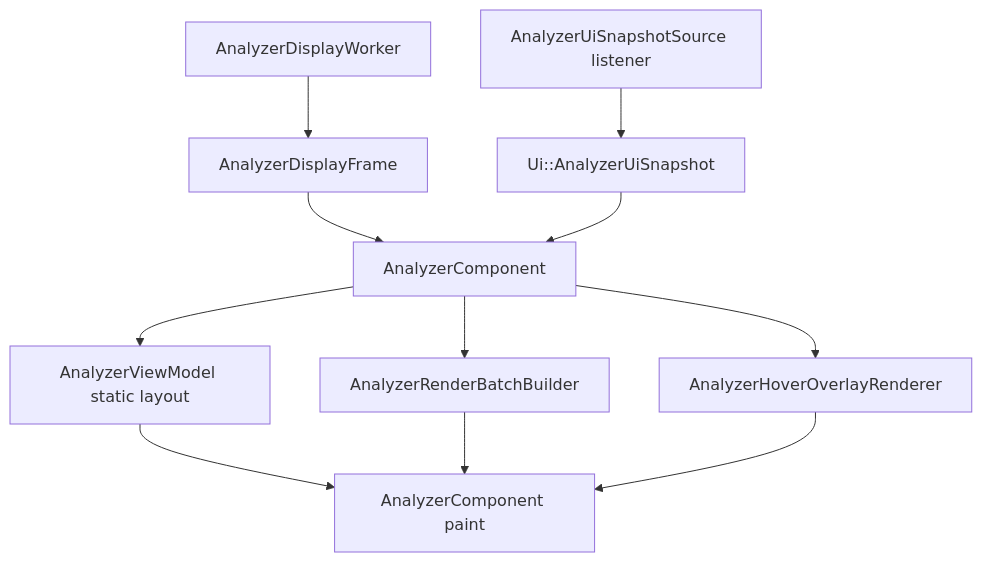
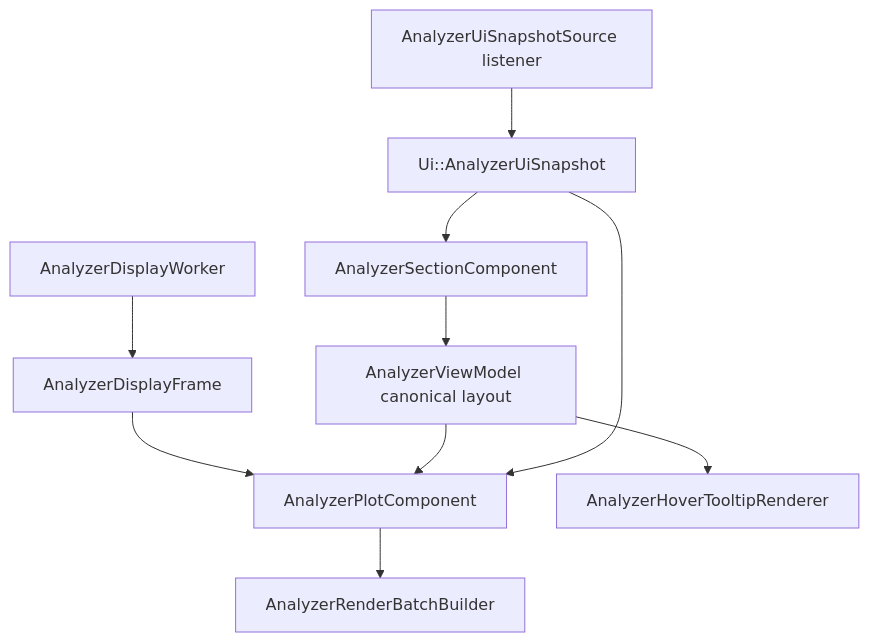
Before and after one commit to Silenterc/Band-Spectrum-Analyzer: the second of 2 diagrams in docs/ui-architecture.md, drawn with Mermaid. The commit also changed other lines of this file and 16 other files, not shown here.

Commit message:
Moved the analyzer plot to its own component for better soc

````diff
--- a/docs/ui-architecture.md
+++ b/docs/ui-architecture.md
@@ -172,14 +178,12 @@
 ```mermaid
 flowchart TD
     SnapshotEvents[AnalyzerUiSnapshotSource listener] --> Snapshot[Ui::AnalyzerUiSnapshot]
     Worker[AnalyzerDisplayWorker] --> Frame[AnalyzerDisplayFrame]
-    Frame --> AnalyzerComponent
-    Snapshot --> AnalyzerComponent
-
-    AnalyzerComponent --> StaticLayout[AnalyzerViewModel static layout]
-    AnalyzerComponent --> Batches[AnalyzerRenderBatchBuilder]
-    AnalyzerComponent --> Hover[AnalyzerHoverOverlayRenderer]
-    StaticLayout --> Paint[AnalyzerComponent paint]
-    Batches --> Paint
-    Hover --> Paint
+    Snapshot --> Section[AnalyzerSectionComponent]
+    Frame --> Plot[AnalyzerPlotComponent]
+    Section --> Layout[AnalyzerViewModel canonical layout]
+    Layout --> Plot
+    Layout --> Tooltip[AnalyzerHoverTooltipRenderer]
+    Snapshot --> Plot
+    Plot --> Batches[AnalyzerRenderBatchBuilder]
 ```
````
